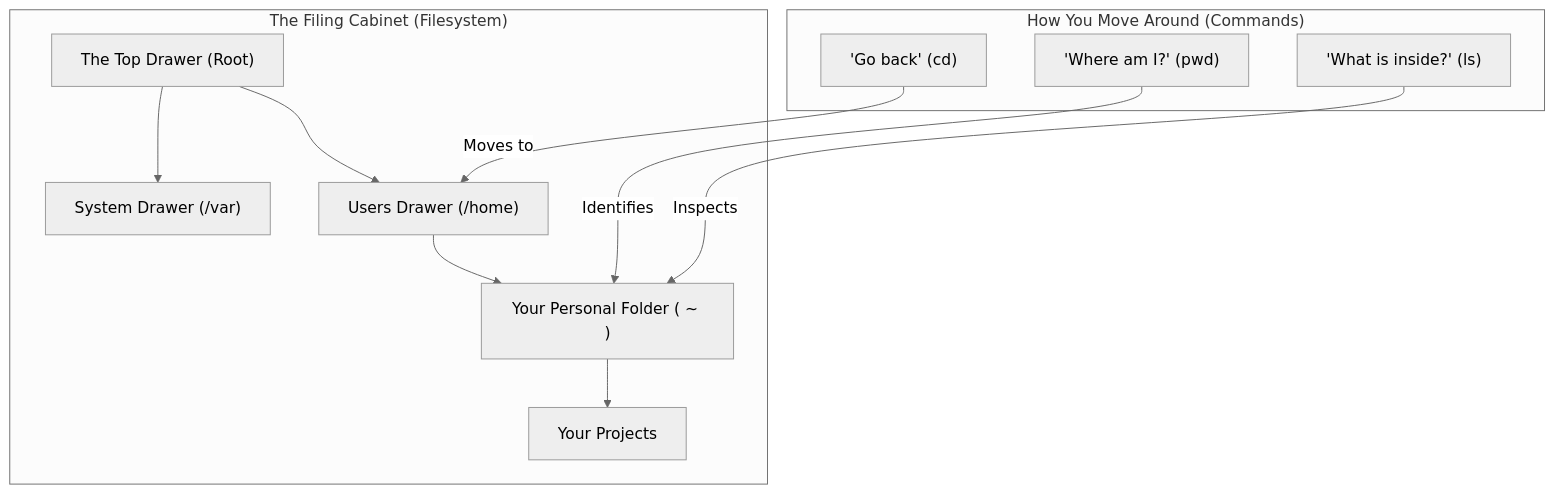
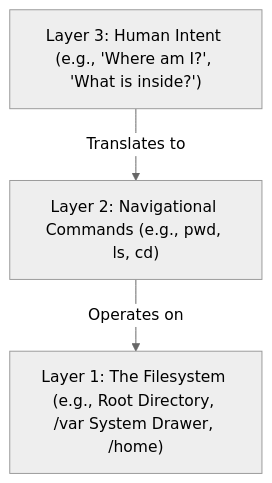
Before and after one commit to aloysiuspattath/platform-engineering-ai-course: the diagram in website/pages/modules/module-01/lesson-06.md, drawn with Mermaid (neutral theme). The commit also changed other lines of this file and 56 other files, not shown here.

Commit message:
refactor: simplify architecture diagrams into single-line layered models

````diff
--- a/website/pages/modules/module-01/lesson-06.md
+++ b/website/pages/modules/module-01/lesson-06.md
@@ -89,19 +89,5 @@
 ```mermaid
 flowchart TD
-    subgraph RootFS ["The Filing Cabinet (Filesystem)"]
-        ROOT["The Top Drawer (Root)"] --> VAR["System Drawer (/var)"]
-        ROOT --> HOME["Users Drawer (/home)"]
-        HOME --> USER["Your Personal Folder ( ~ )"]
-        USER --> PROJ["Your Projects"]
-    end
-
-    subgraph Navigation ["How You Move Around (Commands)"]
-        PWD["'Where am I?' (pwd)"]
-        LS["'What is inside?' (ls)"]
-        CD["'Go back' (cd)"]
-    end
-
-    PWD -->|Identifies| USER
-    LS -->|Inspects| USER
-    CD -->|Moves to| HOME
+    L3["Layer 3: Human Intent (e.g., 'Where am I?', 'What is inside?')"] -->|Translates to| L2["Layer 2: Navigational Commands (e.g., pwd, ls, cd)"]
+    L2 -->|Operates on| L1["Layer 1: The Filesystem (e.g., Root Directory, /var System Drawer, /home)"]
 ```
````
